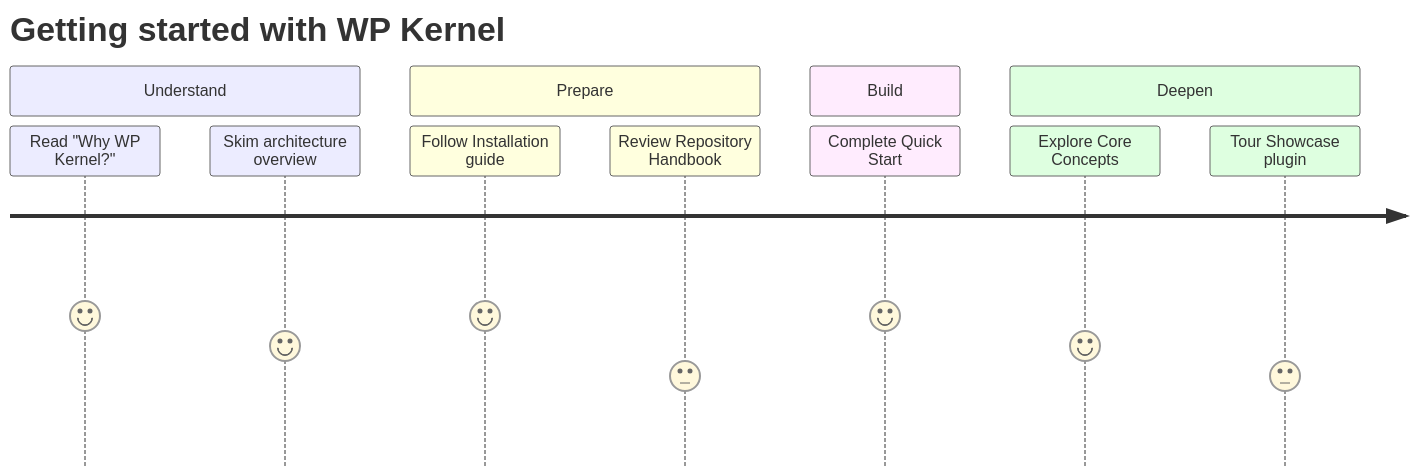
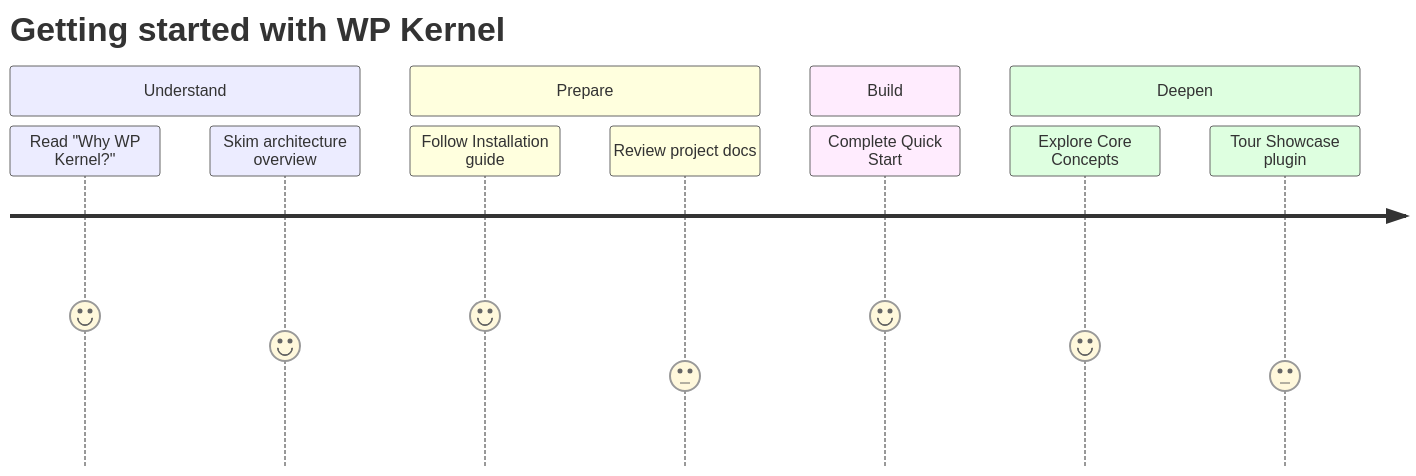
The diagram in docs/getting-started/index.md (theGeekist/wp-kernel), drawn with Mermaid before and after one commit. The commit also changed other lines of this file and 31 other files, not shown here.

````diff
--- a/docs/getting-started/index.md
+++ b/docs/getting-started/index.md
@@ -11,15 +15,15 @@
 ```mermaid
 journey
     title Getting started with WP Kernel
     section Understand
       Read "Why WP Kernel?" : 5
       Skim architecture overview : 4
     section Prepare
       Follow Installation guide : 5
-      Review Repository Handbook : 3
+      Review project docs : 3
     section Build
       Complete Quick Start : 5
     section Deepen
       Explore Core Concepts : 4
       Tour Showcase plugin : 3
 ```
````
